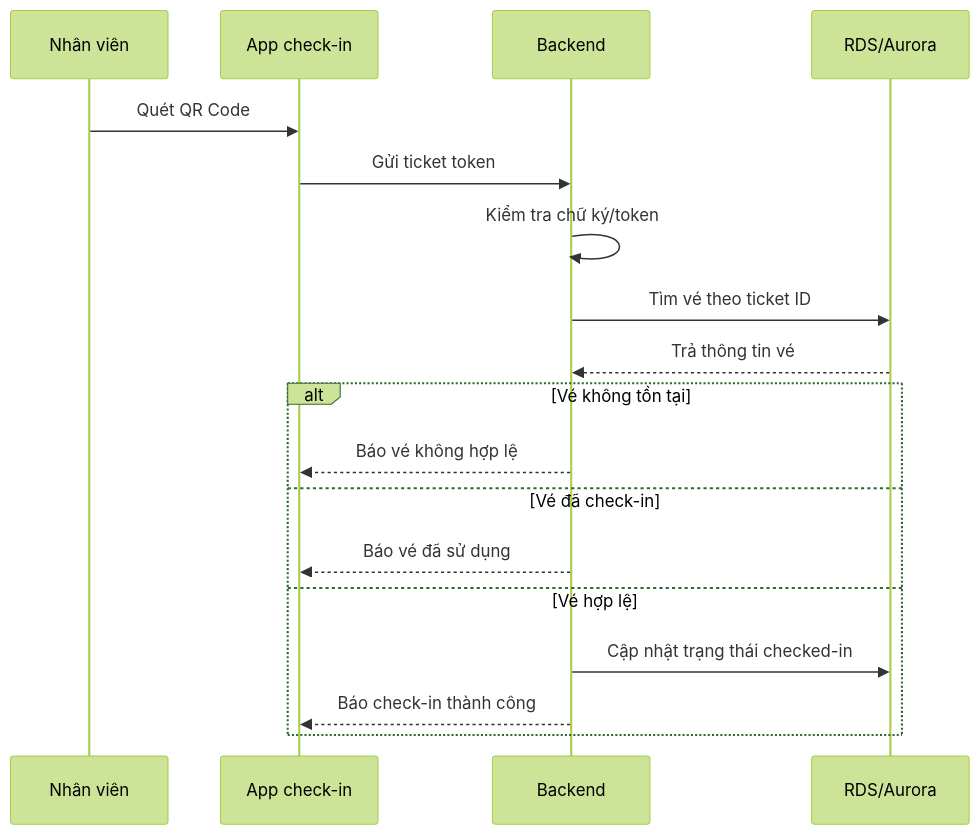
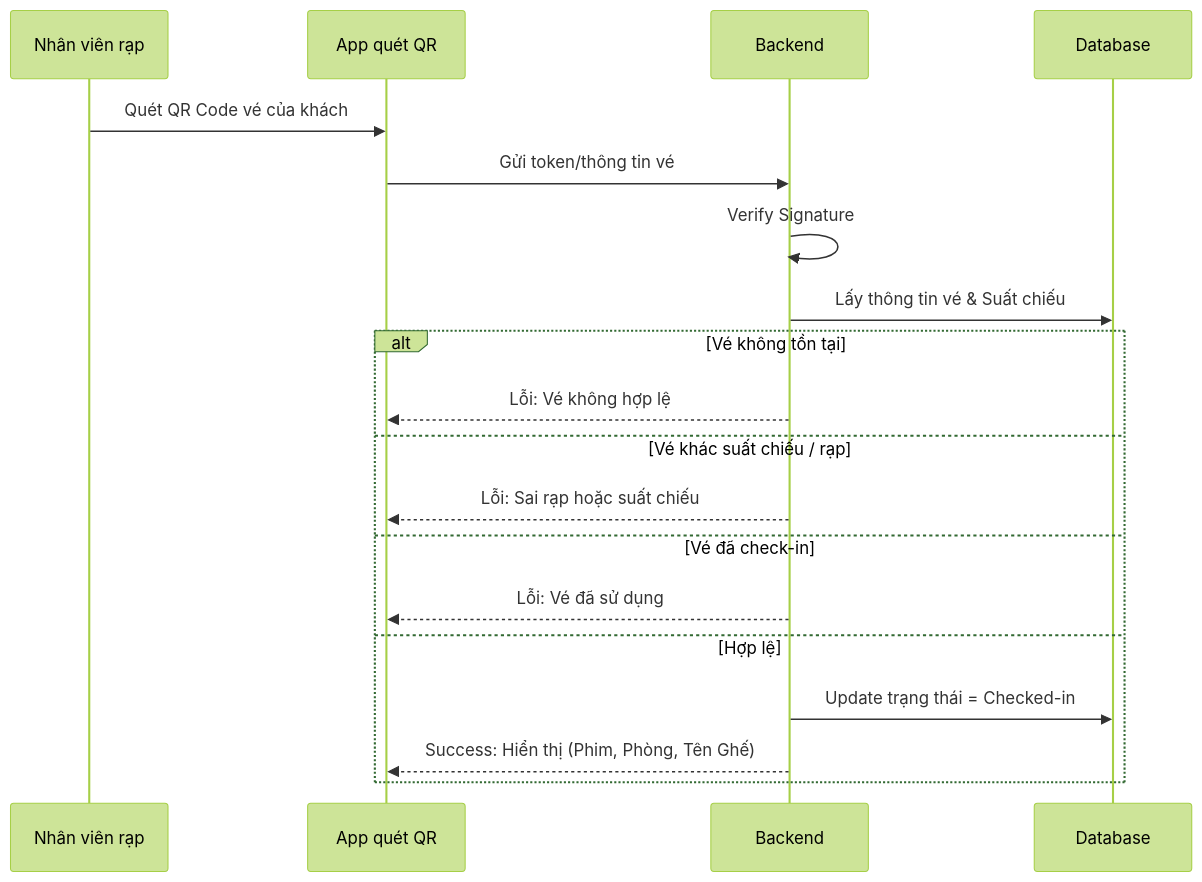
The fifth of 5 diagrams in docs/program-flow.md (huypham200104/fcj-online-ticketing-system), drawn with Mermaid (forest theme) before and after one commit. The commit also changed other lines of this file and 110 other files, not shown here.

````diff
--- a/docs/program-flow.md
+++ b/docs/program-flow.md
@@ -129,21 +90,22 @@
 ```mermaid
 sequenceDiagram
-    participant Staff as Nhân viên
-    participant App as App check-in
+    participant Staff as Nhân viên rạp
+    participant App as App quét QR
     participant API as Backend
-    participant DB as RDS/Aurora
+    participant DB as Database
 
-    Staff->>App: Quét QR Code
-    App->>API: Gửi ticket token
-    API->>API: Kiểm tra chữ ký/token
-    API->>DB: Tìm vé theo ticket ID
-    DB-->>API: Trả thông tin vé
+    Staff->>App: Quét QR Code vé của khách
+    App->>API: Gửi token/thông tin vé
+    API->>API: Verify Signature
+    API->>DB: Lấy thông tin vé & Suất chiếu
     alt Vé không tồn tại
-        API-->>App: Báo vé không hợp lệ
+        API-->>App: Lỗi: Vé không hợp lệ
+    else Vé khác suất chiếu / rạp
+        API-->>App: Lỗi: Sai rạp hoặc suất chiếu
     else Vé đã check-in
-        API-->>App: Báo vé đã sử dụng
-    else Vé hợp lệ
-        API->>DB: Cập nhật trạng thái checked-in
-        API-->>App: Báo check-in thành công
+        API-->>App: Lỗi: Vé đã sử dụng
+    else Hợp lệ
+        API->>DB: Update trạng thái = Checked-in
+        API-->>App: Success: Hiển thị (Phim, Phòng, Tên Ghế)
     end
 ```
````
